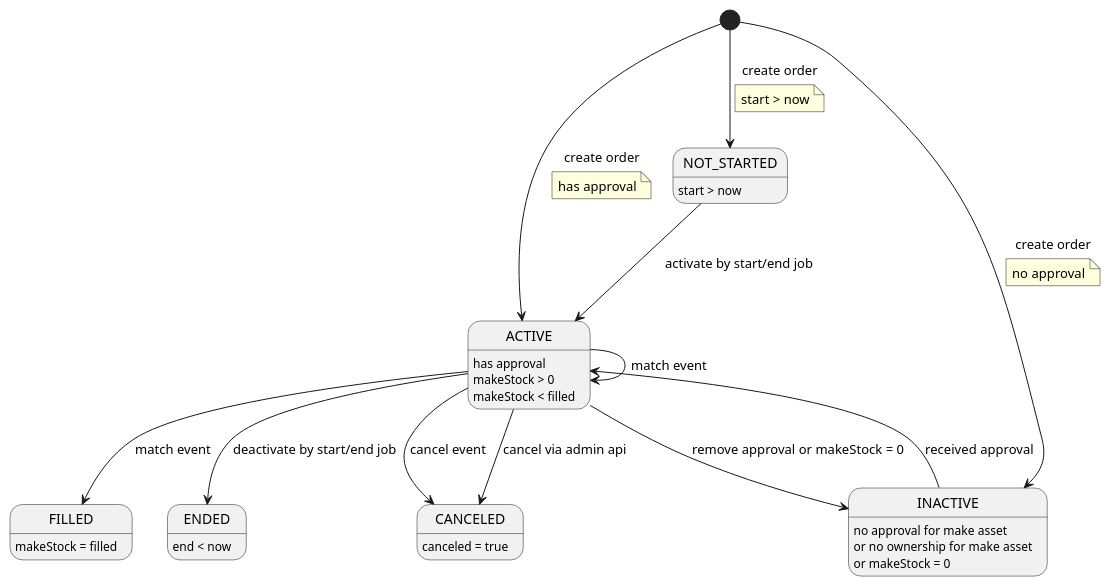
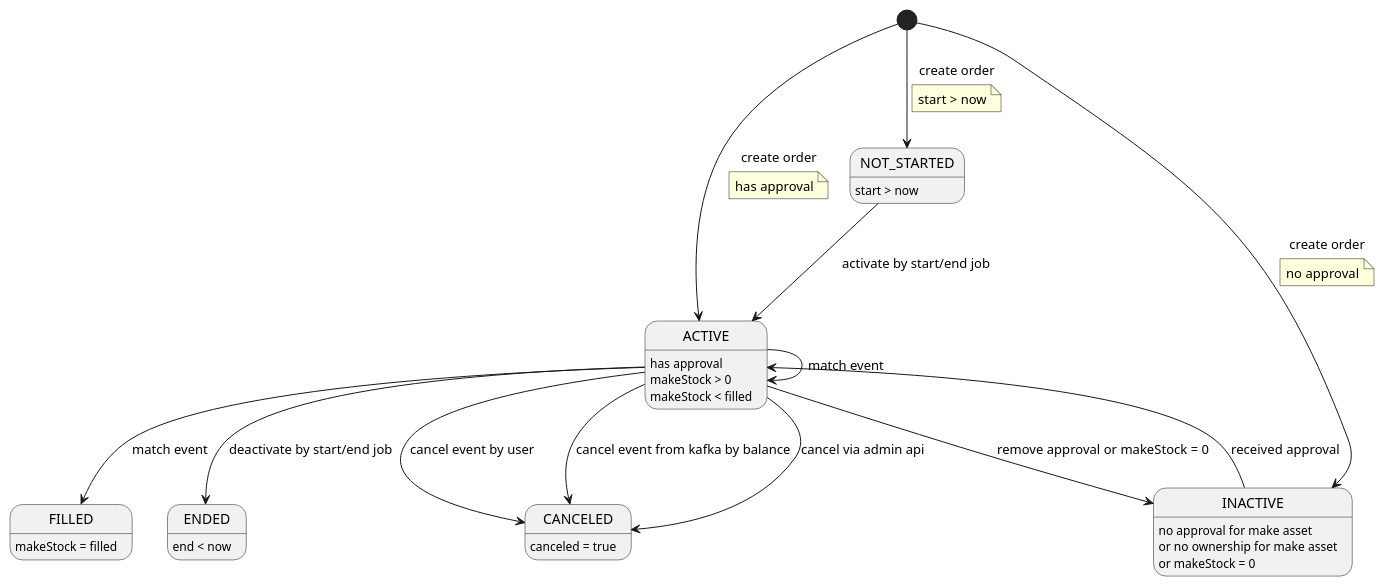
One commit to rarible/ethereum-indexer-public changed the diagram in docs/diagrams/puml/order_status.puml. Above: the diagram before and after it, drawn with PlantUML. The commit also changed 7 other files, not shown here.

```diff
--- a/docs/diagrams/puml/order_status.puml
+++ b/docs/diagrams/puml/order_status.puml
@@ -1,35 +1,36 @@
 @startuml
 
 ACTIVE: has approval
 ACTIVE: makeStock > 0
 ACTIVE: makeStock < filled
 FILLED: makeStock = filled
 NOT_STARTED: start > now
 ENDED: end < now
 CANCELED: canceled = true
 INACTIVE: no approval for make asset
 INACTIVE: or no ownership for make asset
 INACTIVE: or makeStock = 0
 
 [*] --> ACTIVE : create order
 note on link
   has approval
 end note
 [*] --> NOT_STARTED : create order
 note on link
   start > now
 end note
 [*] --> INACTIVE : create order
 note on link
   no approval
 end note
 NOT_STARTED --> ACTIVE : activate by start/end job
 ACTIVE --> INACTIVE : remove approval or makeStock = 0
-ACTIVE --> CANCELED : cancel event
+ACTIVE --> CANCELED : cancel event by user
+ACTIVE --> CANCELED : cancel event from kafka by balance
 ACTIVE --> CANCELED : cancel via admin api
 ACTIVE --> ACTIVE : match event
 INACTIVE --> ACTIVE : received approval
 ACTIVE --> FILLED : match event
 ACTIVE --> ENDED : deactivate by start/end job
 
 @enduml
```
